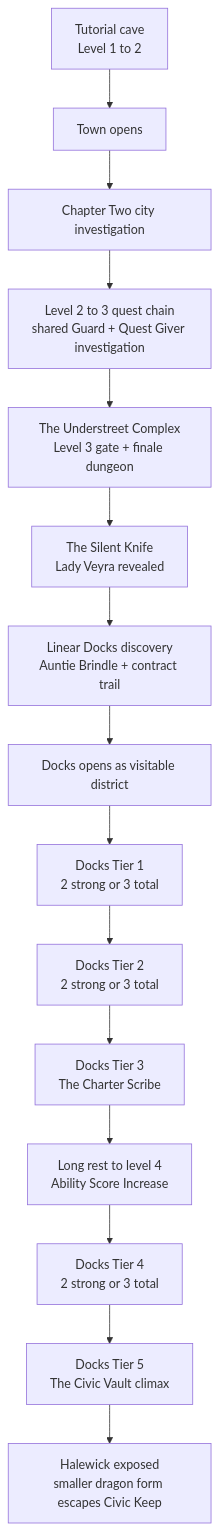
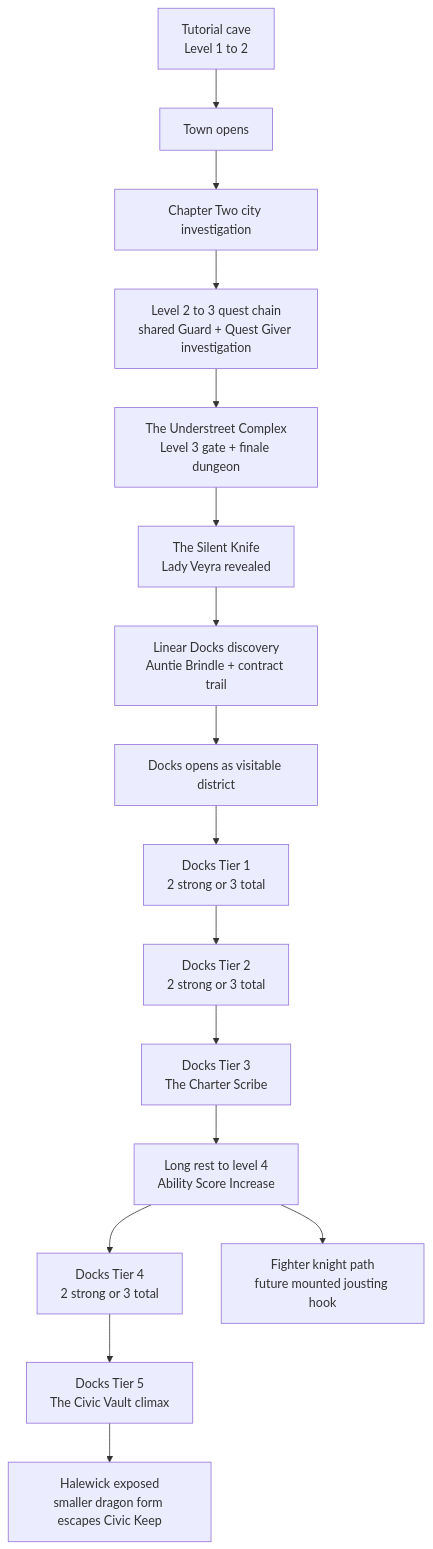
Before and after one commit to JesperYH24/dnd-git-adventure: the first of 4 diagrams in docs/visual-story-progression.md, drawn with Mermaid. The commit also changed other lines of this file and 8 other files, not shown here.

Commit message:
Document level 4 jousting path

````diff
--- a/docs/visual-story-progression.md
+++ b/docs/visual-story-progression.md
@@ -5,20 +5,21 @@
 ```mermaid
 flowchart TD
     Tutorial["Tutorial cave\nLevel 1 to 2"] --> TownOpen["Town opens"]
     TownOpen --> ChapterTwo["Chapter Two city investigation"]
 
     ChapterTwo --> Level23["Level 2 to 3 quest chain\nshared Guard + Quest Giver investigation"]
     Level23 --> Understreet["The Understreet Complex\nLevel 3 gate + finale dungeon"]
 
     Understreet --> SilentKnife["The Silent Knife\nLady Veyra revealed"]
     SilentKnife --> DocksLinear["Linear Docks discovery\nAuntie Brindle + contract trail"]
     DocksLinear --> DocksOpen["Docks opens as visitable district"]
 
     DocksOpen --> DocksT1["Docks Tier 1\n2 strong or 3 total"]
     DocksT1 --> DocksT2["Docks Tier 2\n2 strong or 3 total"]
     DocksT2 --> CharterScribe["Docks Tier 3\nThe Charter Scribe"]
     CharterScribe --> Level4["Long rest to level 4\nAbility Score Increase"]
     Level4 --> DocksT4["Docks Tier 4\n2 strong or 3 total"]
+    Level4 --> FighterJoust["Fighter knight path\nfuture mounted jousting hook"]
     DocksT4 --> CivicVault["Docks Tier 5\nThe Civic Vault climax"]
     CivicVault --> HalewickEscape["Halewick exposed\nsmaller dragon form escapes Civic Keep"]
 ```
````
